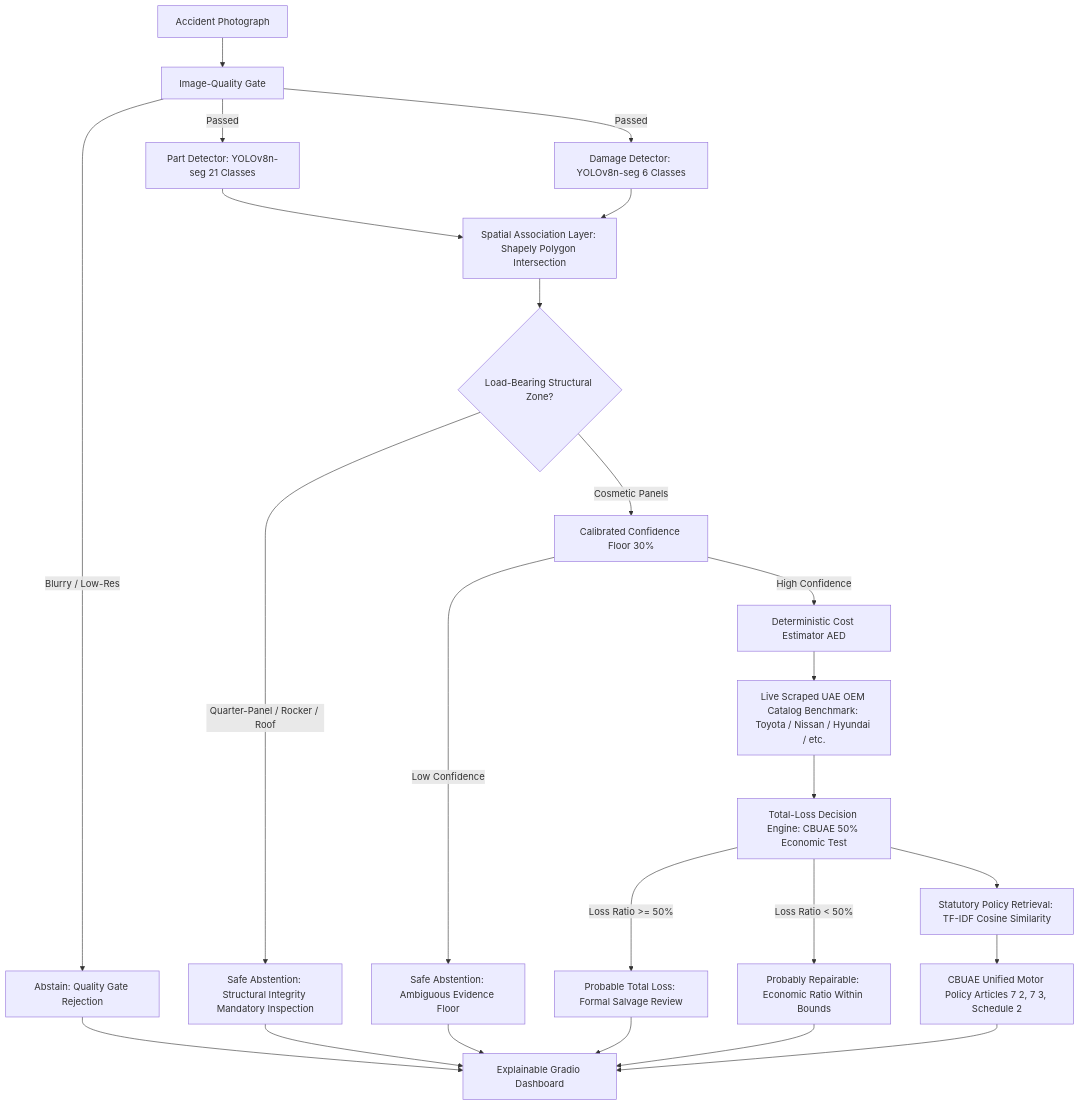
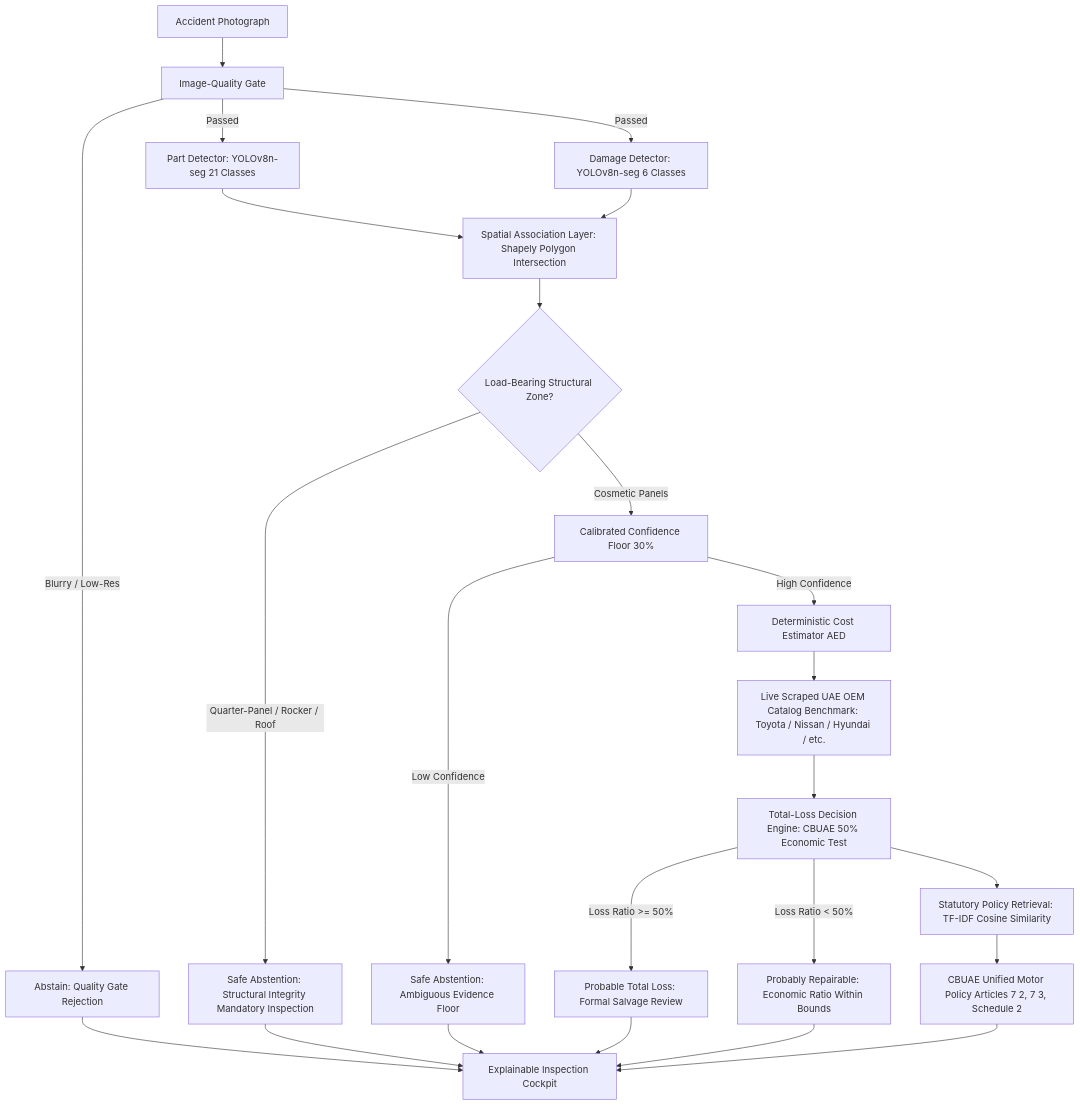
Before and after one commit to Chirudeva-Reddy/ClaimLens: the diagram in README.md, drawn with Mermaid. The commit also changed other lines of this file, not shown here.

````diff
--- a/README.md
+++ b/README.md
@@ -37,33 +27,33 @@
 ```mermaid
 flowchart TD
     A[Accident Photograph] --> B[Image-Quality Gate]
     B -->|Blurry / Low-Res| Z1[Abstain: Quality Gate Rejection]
     B -->|Passed| C1[Part Detector: YOLOv8n-seg 21 Classes]
     B -->|Passed| C2[Damage Detector: YOLOv8n-seg 6 Classes]
     
     C1 --> D[Spatial Association Layer: Shapely Polygon Intersection]
     C2 --> D
     
     D --> E{Load-Bearing Structural Zone?}
     E -->|Quarter-Panel / Rocker / Roof| Z2[Safe Abstention: Structural Integrity Mandatory Inspection]
     E -->|Cosmetic Panels| F[Calibrated Confidence Floor 30%]
     
     F -->|Low Confidence| Z3[Safe Abstention: Ambiguous Evidence Floor]
     F -->|High Confidence| G[Deterministic Cost Estimator AED]
     
     G --> H[Live Scraped UAE OEM Catalog Benchmark: Toyota / Nissan / Hyundai / etc.]
     H --> I[Total-Loss Decision Engine: CBUAE 50% Economic Test]
     
     I -->|Loss Ratio >= 50%| J1[Probable Total Loss: Formal Salvage Review]
     I -->|Loss Ratio < 50%| J2[Probably Repairable: Economic Ratio Within Bounds]
     
     I --> K[Statutory Policy Retrieval: TF-IDF Cosine Similarity]
     K --> L[CBUAE Unified Motor Policy Articles 7 2, 7 3, Schedule 2]
     
-    J1 --> M[Explainable Gradio Dashboard]
+    J1 --> M[Explainable Inspection Cockpit]
     J2 --> M
     Z1 --> M
     Z2 --> M
     Z3 --> M
     L --> M
 ```
````
